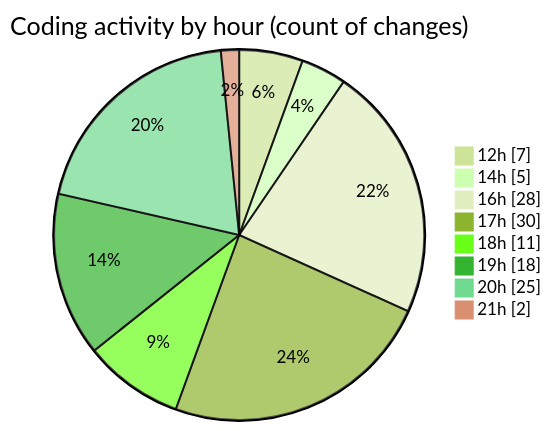
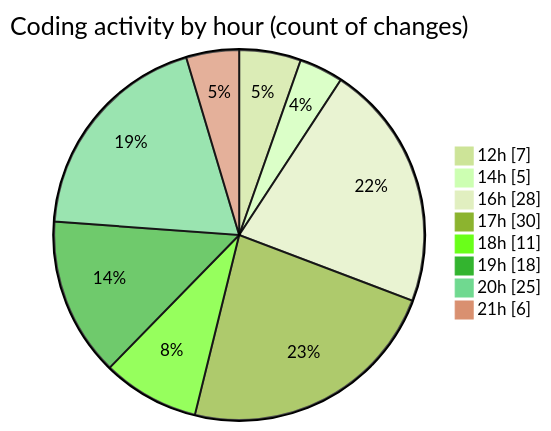
The second of 2 diagrams in 2025-10-06/eventscop-frontend-guide__workspace_/README.md (julien-gomy/code-tracking), drawn with Mermaid (forest theme) before and after one commit. The commit also changed other lines of this file and 1 other file, not shown here.

````diff
--- a/2025-10-06/eventscop-frontend-guide__workspace_/README.md
+++ b/2025-10-06/eventscop-frontend-guide__workspace_/README.md
@@ -67,12 +67,12 @@
 ```mermaid
 pie showData
 title Coding activity by hour (count of changes)
 "12h" : 7
 "14h" : 5
 "16h" : 28
 "17h" : 30
 "18h" : 11
 "19h" : 18
 "20h" : 25
-"21h" : 2
+"21h" : 6
 ```
````
